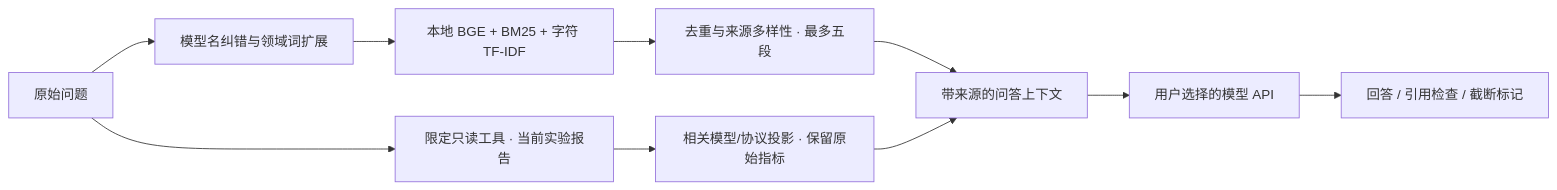
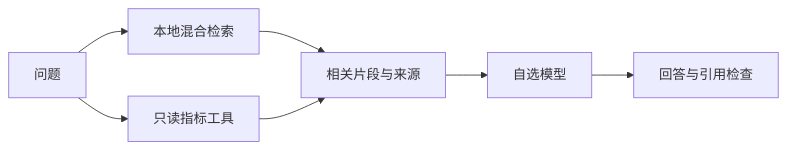
Before and after one commit to yyyx0402/navdiag: the diagram in docs/RAG_RETRIEVAL.md, drawn with Mermaid. The commit also changed other lines of this file and 78 other files, not shown here.

````diff
--- a/docs/RAG_RETRIEVAL.md
+++ b/docs/RAG_RETRIEVAL.md
@@ -15,12 +13,9 @@
 ```mermaid
 flowchart LR
-    Q[原始问题] --> N[模型名纠错与领域词扩展]
-    N --> R[本地 BGE + BM25 + 字符 TF-IDF]
-    R --> K[去重与来源多样性 · 最多五段]
-    Q --> T[限定只读工具 · 当前实验报告]
-    K --> C[带来源的问答上下文]
-    T --> P[相关模型/协议投影 · 保留原始指标]
-    P --> C
-    C --> L[用户选择的模型 API]
-    L --> A[回答 / 引用检查 / 截断标记]
+    Q[问题] --> R[本地混合检索]
+    Q --> T[只读指标工具]
+    R --> C[相关片段与来源]
+    T --> C
+    C --> L[自选模型]
+    L --> A[回答与引用检查]
 ```
````
